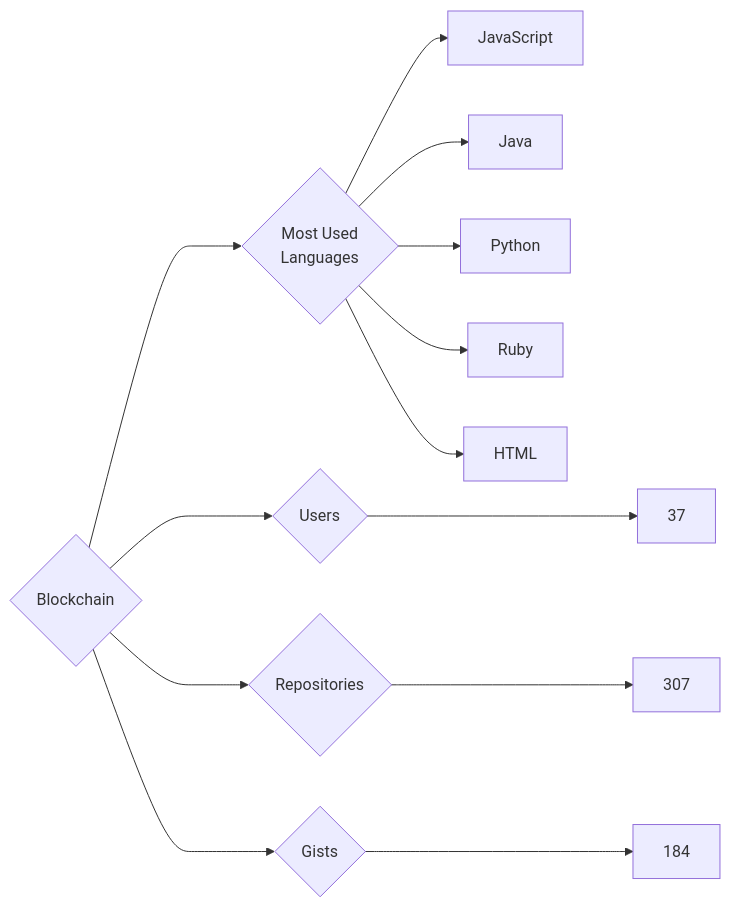
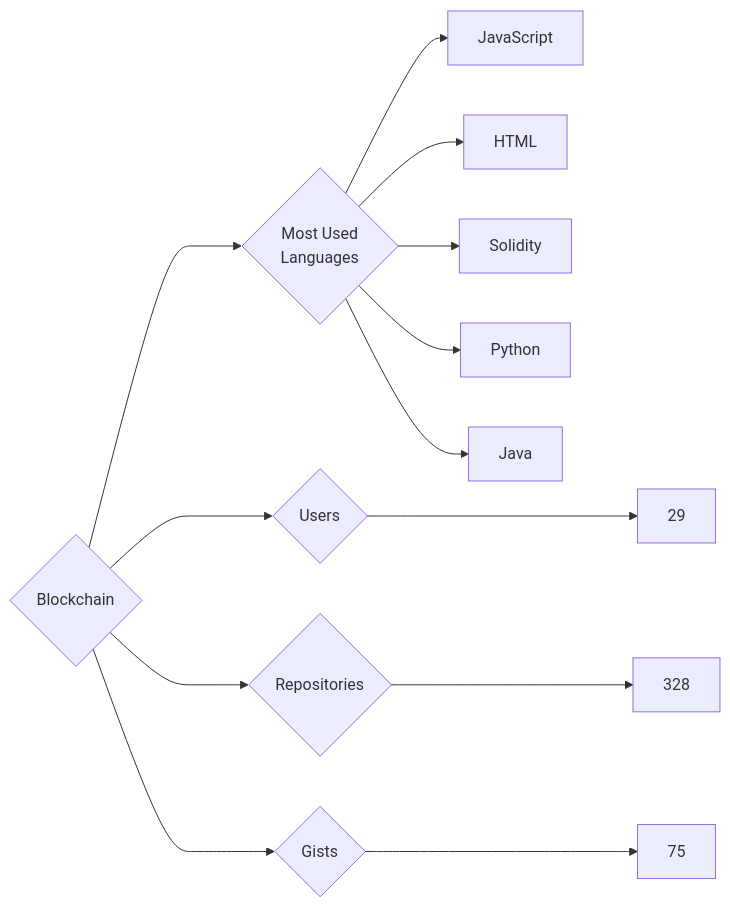
One commit to trickest/insiders changed the diagram in targets/Blockchain/README.md. Above: the diagram before and after it, drawn with Mermaid. The commit also changed 953 other files, not shown here.

````diff
--- a/targets/Blockchain/README.md
+++ b/targets/Blockchain/README.md
@@ -3,13 +3,13 @@
 ```mermaid
 graph LR
 COMPANY_NAME{Blockchain}
-COMPANY_NAME ---> U{Users} ---> UN[37]
-COMPANY_NAME ---> R{Repositories} ---> RN[307]
-COMPANY_NAME ---> G{Gists} ---> GN[184]
+COMPANY_NAME ---> U{Users} ---> UN[29]
+COMPANY_NAME ---> R{Repositories} ---> RN[328]
+COMPANY_NAME ---> G{Gists} ---> GN[75]
 COMPANY_NAME ---> ML{Most Used<br>Languages}
 ML --> JavaScript[JavaScript]
+ML --> HTML[HTML]
+ML --> Solidity[Solidity]
+ML --> Python[Python]
 ML --> Java[Java]
-ML --> Python[Python]
-ML --> Ruby[Ruby]
-ML --> HTML[HTML]
 ```
````
